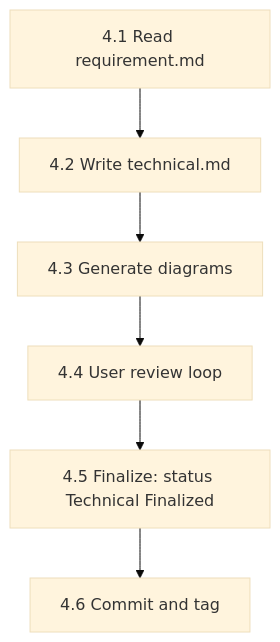
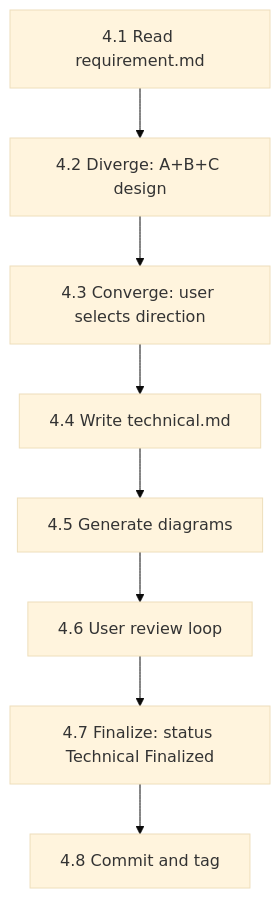
One commit to GOODDAYDAY/my-skills changed the fourth of 5 diagrams in req-2-tech/SKILL.md. Above: the diagram before and after it, drawn with Mermaid (base theme). The commit also changed other lines of this file and 3 other files, not shown here.

First line of the commit message:
feat(diverge-converge): introduce pattern + downstream-stage preview

````diff
--- a/req-2-tech/SKILL.md
+++ b/req-2-tech/SKILL.md
@@ -69,8 +75,10 @@
 ```mermaid
 flowchart TD
-    A[4.1 Read requirement.md] --> B[4.2 Write technical.md]
-    B --> C[4.3 Generate diagrams]
-    C --> D[4.4 User review loop]
-    D --> E[4.5 Finalize: status Technical Finalized]
-    E --> F[4.6 Commit and tag]
+    A[4.1 Read requirement.md] --> B[4.2 Diverge: A+B+C design]
+    B --> C[4.3 Converge: user selects direction]
+    C --> D[4.4 Write technical.md]
+    D --> E[4.5 Generate diagrams]
+    E --> F[4.6 User review loop]
+    F --> G[4.7 Finalize: status Technical Finalized]
+    G --> H[4.8 Commit and tag]
 ```
````
